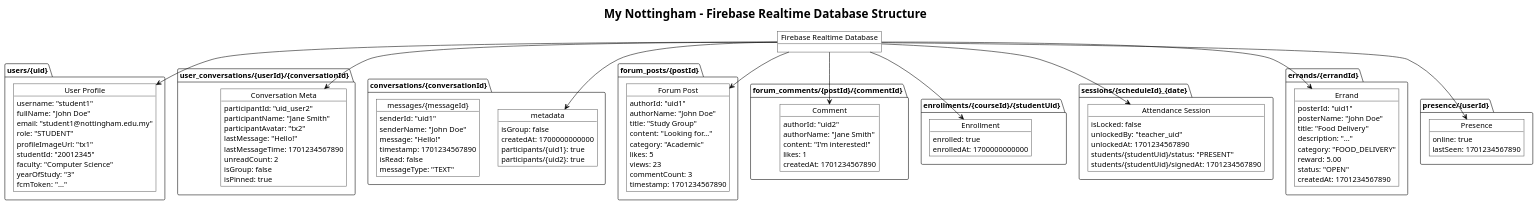
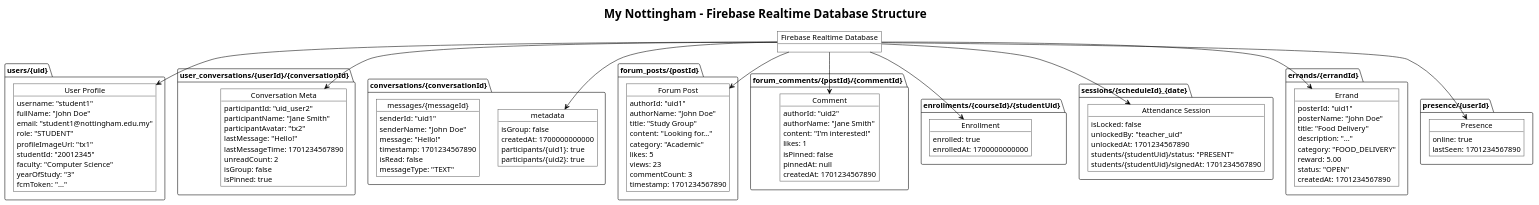
Before and after one commit to COMP3040-2025-2026/cw-2-group-b: the diagram in docs/uml/firebase_structure.puml, drawn with PlantUML. The commit also changed 6 other files, not shown here.

First line of the commit message:
docs: Update UML diagrams and report for forum comment management

```diff
--- a/docs/uml/firebase_structure.puml
+++ b/docs/uml/firebase_structure.puml
@@ -1,126 +1,128 @@
 @startuml Firebase Database Structure
 !theme plain
 skinparam objectBorderColor #666666
 
 title My Nottingham - Firebase Realtime Database Structure
 
 object "Firebase Realtime Database" as root {
 }
 
 package "users/{uid}" {
     object "User Profile" as user {
         username: "student1"
         fullName: "John Doe"
         email: "student1@nottingham.edu.my"
         role: "STUDENT"
         profileImageUrl: "tx1"
         studentId: "20012345"
         faculty: "Computer Science"
         yearOfStudy: "3"
         fcmToken: "..."
     }
 }
 
 package "user_conversations/{userId}/{conversationId}" {
     object "Conversation Meta" as userConv {
         participantId: "uid_user2"
         participantName: "Jane Smith"
         participantAvatar: "tx2"
         lastMessage: "Hello!"
         lastMessageTime: 1701234567890
         unreadCount: 2
         isGroup: false
         isPinned: true
     }
 }
 
 package "conversations/{conversationId}" {
     object "metadata" as convMeta {
         isGroup: false
         createdAt: 1700000000000
         participants/{uid1}: true
         participants/{uid2}: true
     }
 
     object "messages/{messageId}" as msg {
         senderId: "uid1"
         senderName: "John Doe"
         message: "Hello!"
         timestamp: 1701234567890
         isRead: false
         messageType: "TEXT"
     }
 }
 
 package "forum_posts/{postId}" {
     object "Forum Post" as post {
         authorId: "uid1"
         authorName: "John Doe"
         title: "Study Group"
         content: "Looking for..."
         category: "Academic"
         likes: 5
         views: 23
         commentCount: 3
         timestamp: 1701234567890
     }
 }
 
 package "forum_comments/{postId}/{commentId}" {
     object "Comment" as comment {
         authorId: "uid2"
         authorName: "Jane Smith"
         content: "I'm interested!"
         likes: 1
+        isPinned: false
+        pinnedAt: null
         createdAt: 1701234567890
     }
 }
 
 package "enrollments/{courseId}/{studentUid}" {
     object "Enrollment" as enrollment {
         enrolled: true
         enrolledAt: 1700000000000
     }
 }
 
 package "sessions/{scheduleId}_{date}" {
     object "Attendance Session" as session {
         isLocked: false
         unlockedBy: "teacher_uid"
         unlockedAt: 1701234567890
         students/{studentUid}/status: "PRESENT"
         students/{studentUid}/signedAt: 1701234567890
     }
 }
 
 package "errands/{errandId}" {
     object "Errand" as errand {
         posterId: "uid1"
         posterName: "John Doe"
         title: "Food Delivery"
         description: "..."
         category: "FOOD_DELIVERY"
         reward: 5.00
         status: "OPEN"
         createdAt: 1701234567890
     }
 }
 
 package "presence/{userId}" {
     object "Presence" as presence {
         online: true
         lastSeen: 1701234567890
     }
 }
 
 root --> user
 root --> userConv
 root --> convMeta
 root --> post
 root --> comment
 root --> enrollment
 root --> session
 root --> errand
 root --> presence
 
 @enduml
```
